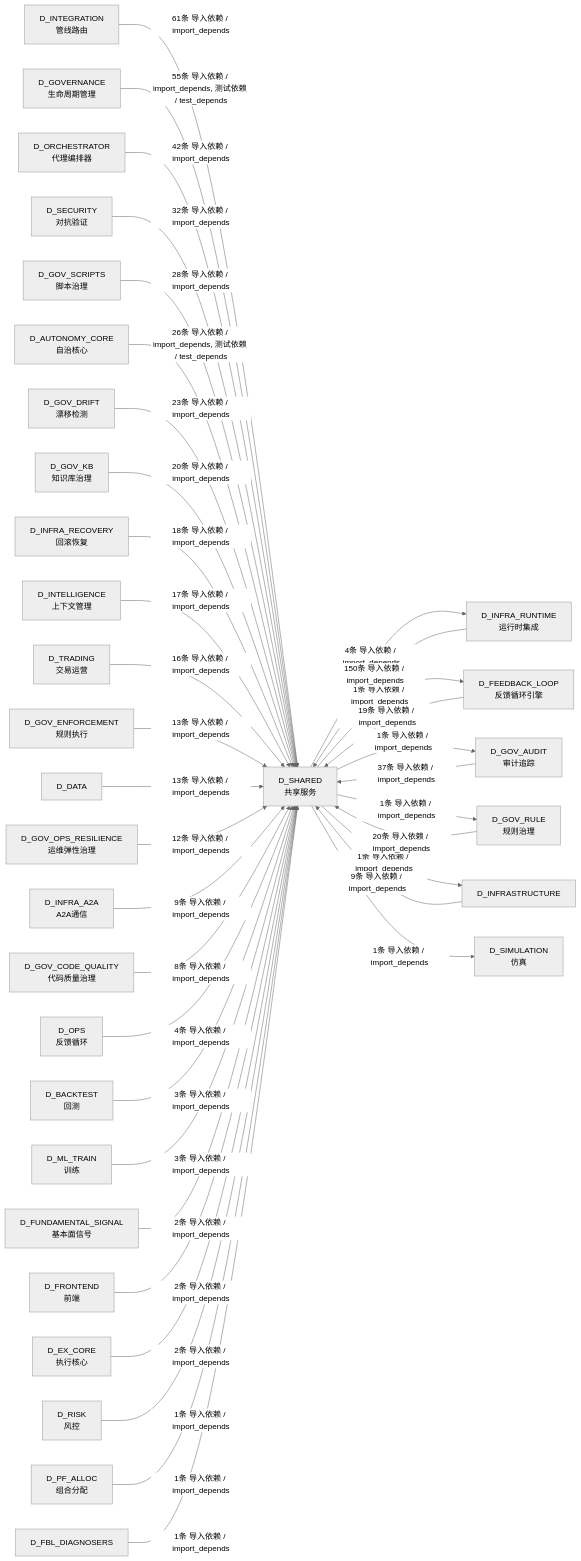
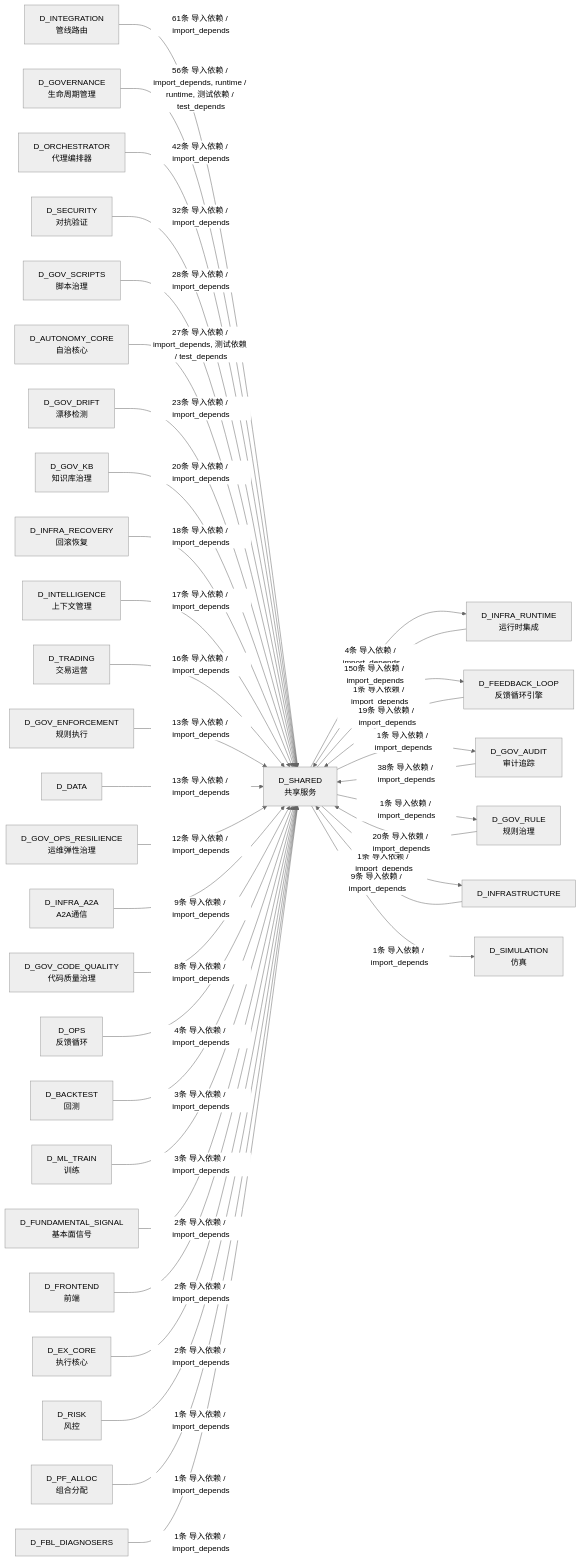
One commit to xuanFelixVan/ZephyrAlpha changed the tenth of 10 diagrams in docs/02_enterprise_architecture/02_domain_architecture_docs/26_d_shared.md. Above: the diagram before and after it, drawn with Mermaid (neutral theme). The commit also changed other lines of this file and 102 other files, not shown here.

````diff
--- a/docs/02_enterprise_architecture/02_domain_architecture_docs/26_d_shared.md
+++ b/docs/02_enterprise_architecture/02_domain_architecture_docs/26_d_shared.md
@@ -1728,71 +1734,71 @@
 ```mermaid
 graph LR
     D_SHARED["D_SHARED<br/>共享服务"]
     D_INFRA_RUNTIME["D_INFRA_RUNTIME<br/>运行时集成"]
     D_FEEDBACK_LOOP["D_FEEDBACK_LOOP<br/>反馈循环引擎"]
     D_GOV_AUDIT["D_GOV_AUDIT<br/>审计追踪"]
     D_GOV_RULE["D_GOV_RULE<br/>规则治理"]
     D_INFRASTRUCTURE["D_INFRASTRUCTURE"]
     D_SIMULATION["D_SIMULATION<br/>仿真"]
     D_INTEGRATION["D_INTEGRATION<br/>管线路由"]
     D_GOVERNANCE["D_GOVERNANCE<br/>生命周期管理"]
     D_ORCHESTRATOR["D_ORCHESTRATOR<br/>代理编排器"]
     D_SECURITY["D_SECURITY<br/>对抗验证"]
     D_GOV_SCRIPTS["D_GOV_SCRIPTS<br/>脚本治理"]
     D_AUTONOMY_CORE["D_AUTONOMY_CORE<br/>自治核心"]
     D_GOV_DRIFT["D_GOV_DRIFT<br/>漂移检测"]
     D_GOV_KB["D_GOV_KB<br/>知识库治理"]
     D_INFRA_RECOVERY["D_INFRA_RECOVERY<br/>回滚恢复"]
     D_INTELLIGENCE["D_INTELLIGENCE<br/>上下文管理"]
     D_TRADING["D_TRADING<br/>交易运营"]
     D_GOV_ENFORCEMENT["D_GOV_ENFORCEMENT<br/>规则执行"]
     D_DATA["D_DATA"]
     D_GOV_OPS_RESILIENCE["D_GOV_OPS_RESILIENCE<br/>运维弹性治理"]
     D_INFRA_A2A["D_INFRA_A2A<br/>A2A通信"]
     D_GOV_CODE_QUALITY["D_GOV_CODE_QUALITY<br/>代码质量治理"]
     D_OPS["D_OPS<br/>反馈循环"]
     D_BACKTEST["D_BACKTEST<br/>回测"]
     D_ML_TRAIN["D_ML_TRAIN<br/>训练"]
     D_FUNDAMENTAL_SIGNAL["D_FUNDAMENTAL_SIGNAL<br/>基本面信号"]
     D_FRONTEND["D_FRONTEND<br/>前端"]
     D_EX_CORE["D_EX_CORE<br/>执行核心"]
     D_RISK["D_RISK<br/>风控"]
     D_PF_ALLOC["D_PF_ALLOC<br/>组合分配"]
     D_FBL_DIAGNOSERS["D_FBL_DIAGNOSERS"]
     D_SHARED -->|4条 导入依赖 / import_depends| D_INFRA_RUNTIME
     D_SHARED -->|1条 导入依赖 / import_depends| D_FEEDBACK_LOOP
     D_SHARED -->|1条 导入依赖 / import_depends| D_GOV_AUDIT
     D_SHARED -->|1条 导入依赖 / import_depends| D_GOV_RULE
     D_SHARED -->|1条 导入依赖 / import_depends| D_INFRASTRUCTURE
     D_SHARED -->|1条 导入依赖 / import_depends| D_SIMULATION
     D_INFRA_RUNTIME -->|150条 导入依赖 / import_depends| D_SHARED
     D_INTEGRATION -->|61条 导入依赖 / import_depends| D_SHARED
-    D_GOVERNANCE -->|55条 导入依赖 / import_depends, 测试依赖 / test_depends| D_SHARED
+    D_GOVERNANCE -->|56条 导入依赖 / import_depends, runtime / runtime, 测试依赖 / test_depends| D_SHARED
     D_ORCHESTRATOR -->|42条 导入依赖 / import_depends| D_SHARED
-    D_GOV_AUDIT -->|37条 导入依赖 / import_depends| D_SHARED
+    D_GOV_AUDIT -->|38条 导入依赖 / import_depends| D_SHARED
     D_SECURITY -->|32条 导入依赖 / import_depends| D_SHARED
     D_GOV_SCRIPTS -->|28条 导入依赖 / import_depends| D_SHARED
-    D_AUTONOMY_CORE -->|26条 导入依赖 / import_depends, 测试依赖 / test_depends| D_SHARED
+    D_AUTONOMY_CORE -->|27条 导入依赖 / import_depends, 测试依赖 / test_depends| D_SHARED
     D_GOV_DRIFT -->|23条 导入依赖 / import_depends| D_SHARED
     D_GOV_RULE -->|20条 导入依赖 / import_depends| D_SHARED
     D_GOV_KB -->|20条 导入依赖 / import_depends| D_SHARED
     D_FEEDBACK_LOOP -->|19条 导入依赖 / import_depends| D_SHARED
     D_INFRA_RECOVERY -->|18条 导入依赖 / import_depends| D_SHARED
     D_INTELLIGENCE -->|17条 导入依赖 / import_depends| D_SHARED
     D_TRADING -->|16条 导入依赖 / import_depends| D_SHARED
     D_GOV_ENFORCEMENT -->|13条 导入依赖 / import_depends| D_SHARED
     D_DATA -->|13条 导入依赖 / import_depends| D_SHARED
     D_GOV_OPS_RESILIENCE -->|12条 导入依赖 / import_depends| D_SHARED
     D_INFRASTRUCTURE -->|9条 导入依赖 / import_depends| D_SHARED
     D_INFRA_A2A -->|9条 导入依赖 / import_depends| D_SHARED
     D_GOV_CODE_QUALITY -->|8条 导入依赖 / import_depends| D_SHARED
     D_OPS -->|4条 导入依赖 / import_depends| D_SHARED
     D_BACKTEST -->|3条 导入依赖 / import_depends| D_SHARED
     D_ML_TRAIN -->|3条 导入依赖 / import_depends| D_SHARED
     D_FUNDAMENTAL_SIGNAL -->|2条 导入依赖 / import_depends| D_SHARED
     D_FRONTEND -->|2条 导入依赖 / import_depends| D_SHARED
     D_EX_CORE -->|2条 导入依赖 / import_depends| D_SHARED
     D_RISK -->|1条 导入依赖 / import_depends| D_SHARED
     D_PF_ALLOC -->|1条 导入依赖 / import_depends| D_SHARED
     D_FBL_DIAGNOSERS -->|1条 导入依赖 / import_depends| D_SHARED
 ```
````
